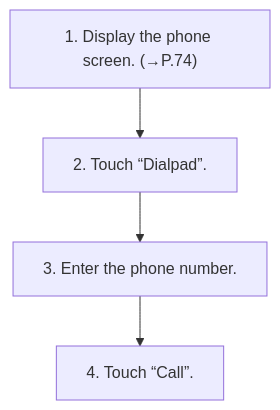
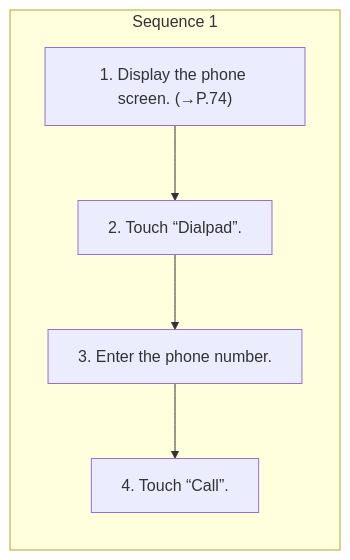
The diagram in workspace/subaru/outback-2026/ivi/published/phone/10-by-dialpad.md (Chieko-Y/my-spec-generator), drawn with Mermaid before and after one commit. The commit also changed other lines of this file and 268 other files, not shown here.

````diff
--- a/workspace/subaru/outback-2026/ivi/published/phone/10-by-dialpad.md
+++ b/workspace/subaru/outback-2026/ivi/published/phone/10-by-dialpad.md
@@ -9,10 +9,13 @@
 ```mermaid
 flowchart TD
-    S1["1. Display the phone screen. (→P.74)"]
-    S2["2. Touch “Dialpad”."]
-    S3["3. Enter the phone number."]
-    S4["4. Touch “Call”."]
-    S1 --> S2
-    S2 --> S3
-    S3 --> S4
+    subgraph SEQ1["Sequence 1"]
+    direction TB
+    S1_1["1. Display the phone screen. (→P.74)"]
+    S1_2["2. Touch “Dialpad”."]
+    S1_3["3. Enter the phone number."]
+    S1_4["4. Touch “Call”."]
+    S1_1 --> S1_2
+    S1_2 --> S1_3
+    S1_3 --> S1_4
+    end
 ```
````
